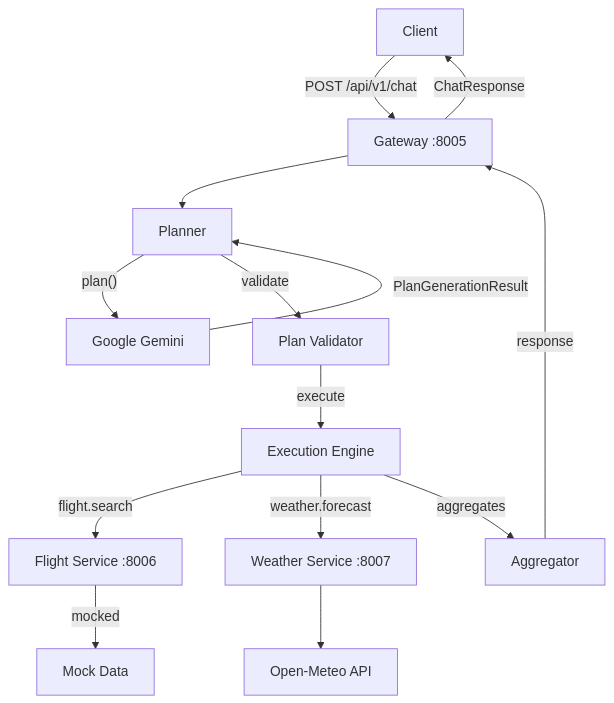
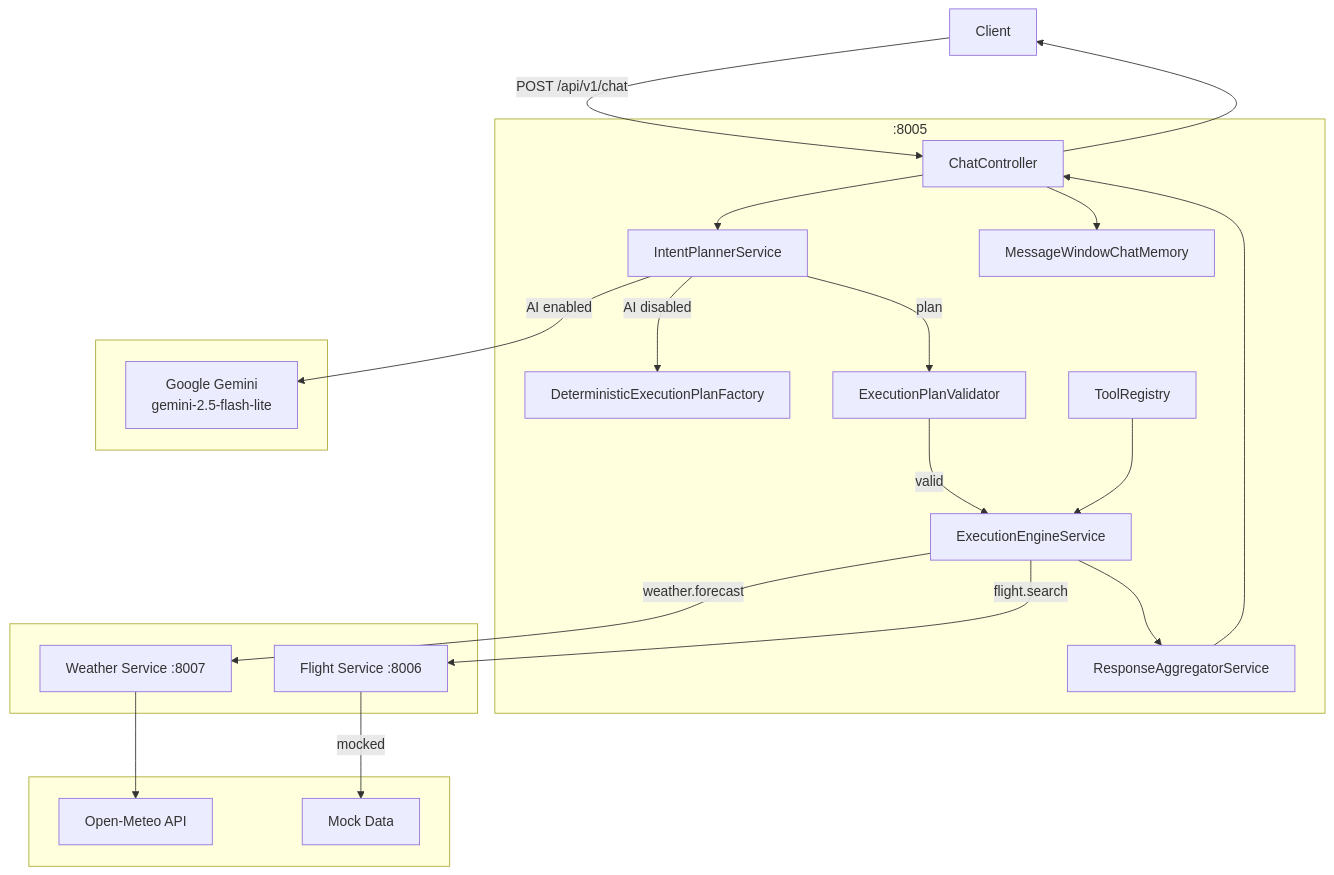
Before and after one commit to abhim8/ai-orchestration-platform: the first of 2 diagrams in README.md, drawn with Mermaid. The commit also changed other lines of this file and 6 other files, not shown here.

````diff
--- a/README.md
+++ b/README.md
@@ -7,29 +53,45 @@
 ```mermaid
 graph TB
     Client["Client"]
-    Gateway["Gateway :8005"]
-    Planner["Planner"]
-    Gemini["Google Gemini"]
-    Validator["Plan Validator"]
-    Engine["Execution Engine"]
-    Aggregator["Aggregator"]
-    Flight["Flight Service :8006"]
-    Weather["Weather Service :8007"]
-    OpenMeteo["Open-Meteo API"]
-    Mock["Mock Data"]
 
-    Client -->|POST /api/v1/chat| Gateway
-    Gateway --> Planner
-    Planner -->|"plan()"| Gemini
-    Gemini -->|PlanGenerationResult| Planner
-    Planner -->|validate| Validator
-    Validator -->|execute| Engine
+    subgraph Gateway[":8005"]
+        Controller["ChatController"]
+        Planner["IntentPlannerService"]
+        Fallback["DeterministicExecutionPlanFactory"]
+        Validator["ExecutionPlanValidator"]
+        Engine["ExecutionEngineService"]
+        Registry["ToolRegistry"]
+        Aggregator["ResponseAggregatorService"]
+        Memory["MessageWindowChatMemory"]
+    end
+
+    subgraph AI[" "]
+        Gemini["Google Gemini<br/>gemini-2.5-flash-lite"]
+    end
+
+    subgraph Services[" "]
+        Flight["Flight Service :8006"]
+        Weather["Weather Service :8007"]
+    end
+
+    subgraph Data[" "]
+        OpenMeteo["Open-Meteo API"]
+        MockData["Mock Data"]
+    end
+
+    Client -->|POST /api/v1/chat| Controller
+    Controller --> Memory
+    Controller --> Planner
+    Planner -->|AI enabled| Gemini
+    Planner -->|AI disabled| Fallback
+    Planner -->|plan| Validator
+    Validator -->|valid| Engine
+    Registry --> Engine
     Engine -->|flight.search| Flight
     Engine -->|weather.forecast| Weather
-    Engine -->|aggregates| Aggregator
-    Flight -->|mocked| Mock
+    Flight -->|mocked| MockData
     Weather --> OpenMeteo
-    Aggregator -->|response| Gateway
-    Gateway -->|ChatResponse| Client
-
+    Engine --> Aggregator
+    Aggregator --> Controller
+    Controller --> Client
 ```
````
